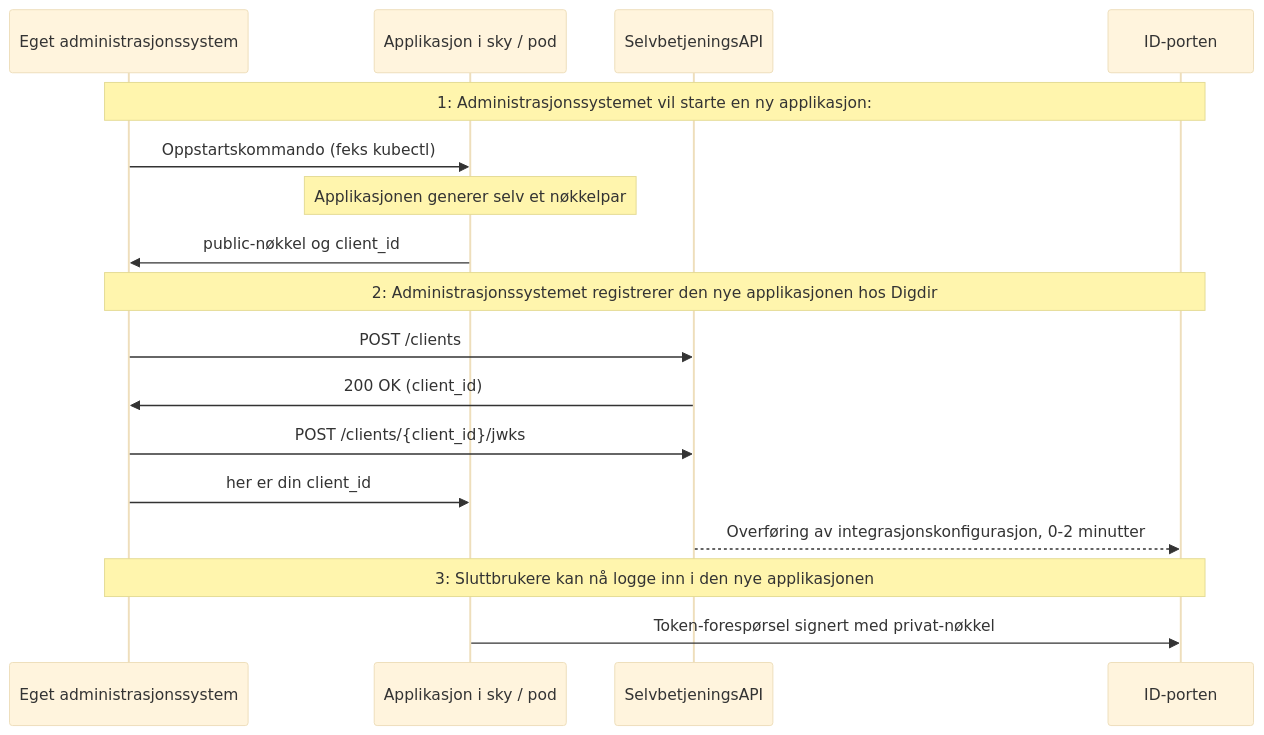
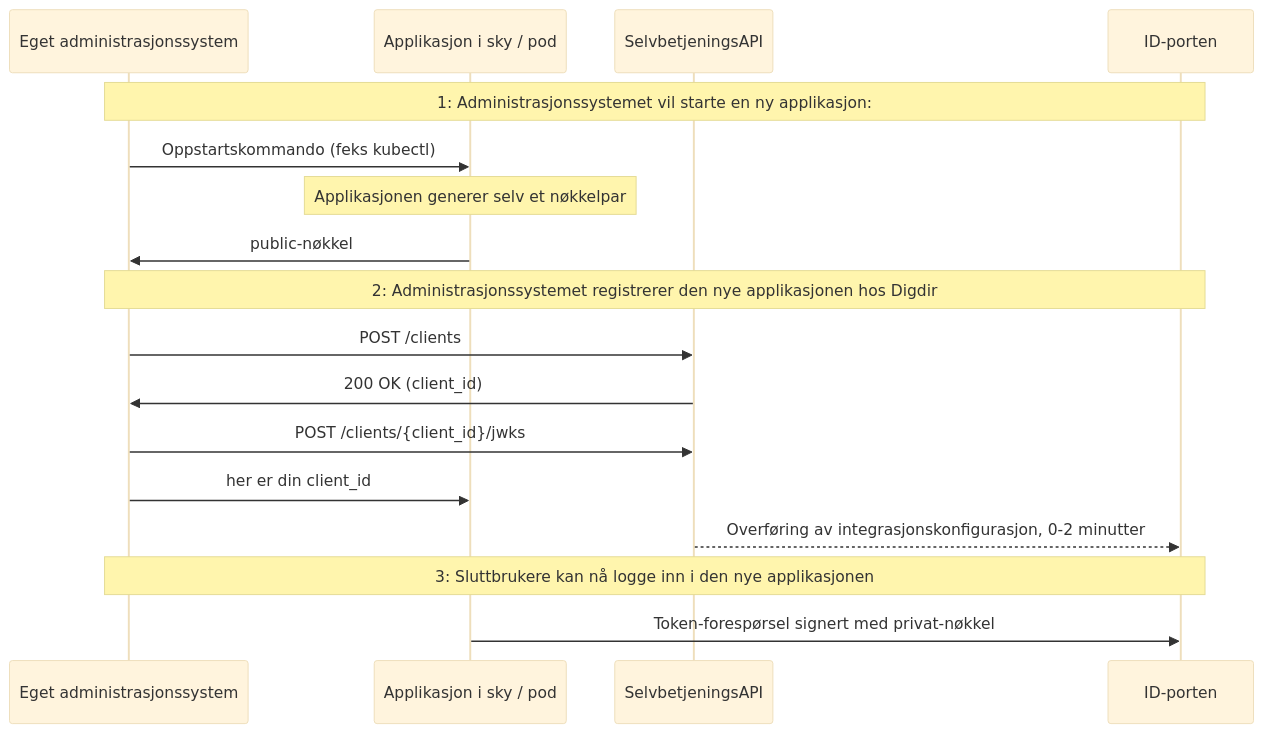
The second of 2 diagrams in _docs/ID-porten/oidc/oidc_api_admin.md (felleslosninger/docs), drawn with Mermaid (base theme) before and after one commit.

```diff
--- a/_docs/ID-porten/oidc/oidc_api_admin.md
+++ b/_docs/ID-porten/oidc/oidc_api_admin.md
@@ -185,23 +185,23 @@
 <div class="mermaid">
 sequenceDiagram
   participant A as Eget administrasjonssystem
   participant C as Applikasjon i sky / pod
   participant S as SelvbetjeningsAPI
   participant I as ID-porten
 
   note over A, I: 1: Administrasjonssystemet vil starte en ny applikasjon:
   A ->> C: Oppstartskommando (feks kubectl)
   note over C: Applikasjonen generer selv et nøkkelpar
-  C ->> A: public-nøkkel og client_id
+  C ->> A: public-nøkkel
 
   note over A, I: 2: Administrasjonssystemet registrerer den nye applikasjonen hos Digdir
   A ->> S: POST /clients  
   S ->> A: 200 OK (client_id)
   A ->> S: POST /clients/{client_id}/jwks
   A ->> C: her er din client_id
   S -->> I: Overføring av integrasjonskonfigurasjon, 0-2 minutter
 
   note over A, I: 3: Sluttbrukere kan nå logge inn i den nye applikasjonen
 
   C ->> I: Token-forespørsel signert med privat-nøkkel
 </div>
```
